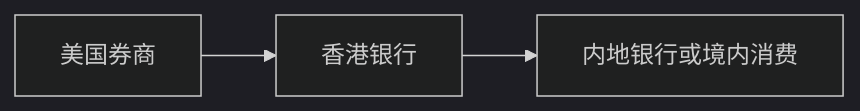
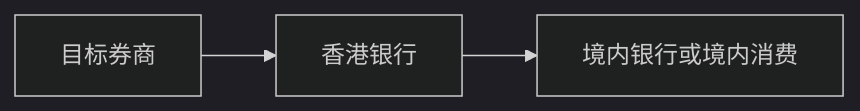
One commit to kola-official/Chinese-invest-USA-Stock changed the diagram in docs/05-出金与长期持有.md. Above: the diagram before and after it, drawn with Mermaid (dark theme). The commit also changed other lines of this file and 7 other files, not shown here.

````diff
--- a/docs/05-出金与长期持有.md
+++ b/docs/05-出金与长期持有.md
@@ -29,5 +28,5 @@
 ```mermaid
 flowchart LR
-  A["美国券商"] --> B["香港银行"]
-  B --> C["内地银行或境内消费"]
+  A["目标券商"] --> B["香港银行"]
+  B --> C["境内银行或境内消费"]
 ```
````
